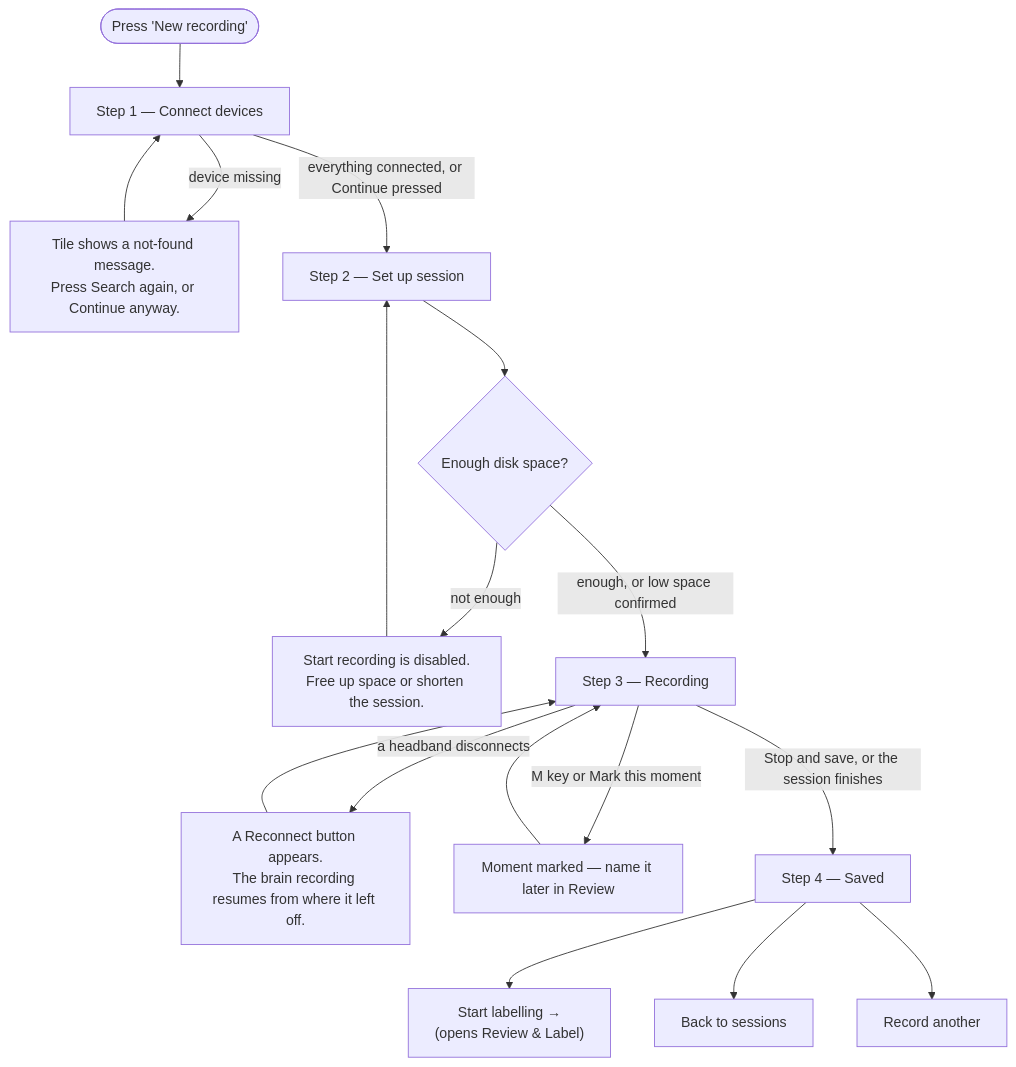
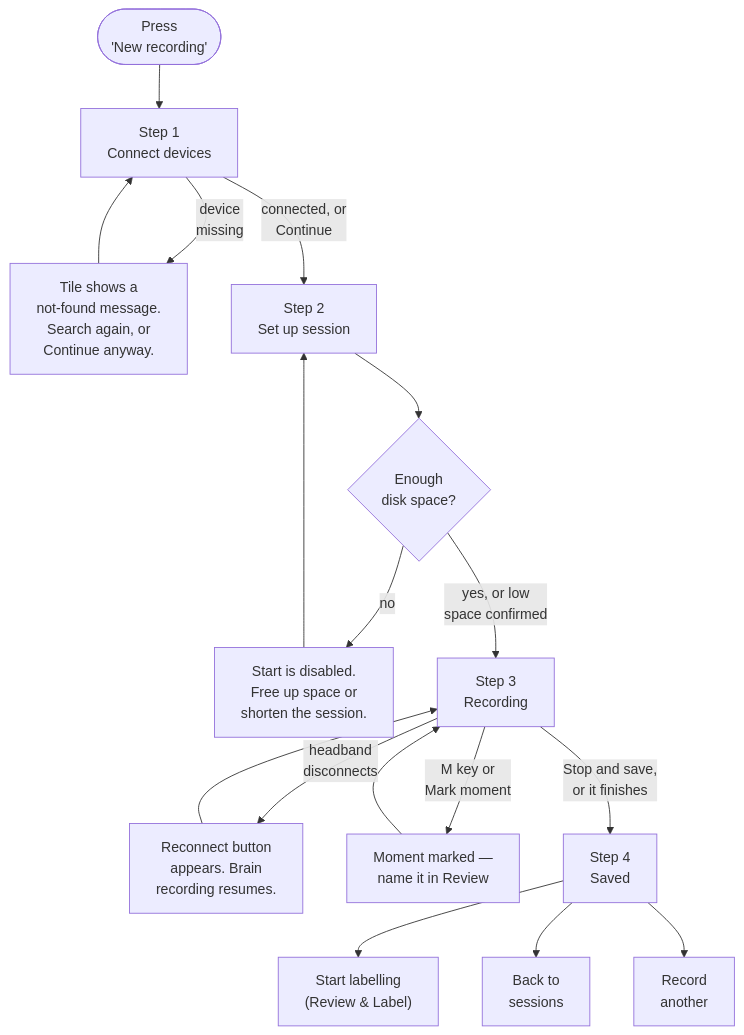
The diagram in docs/diagrams/new-recording-flow.mmd (mohammadabdullahkhurram/Brain-Battle-Phase-3), drawn with Mermaid before and after one commit. The commit also changed 7 other files, not shown here.

First line of the commit message:
Docs diagrams: narrow layout + 16px font so labels stay readable

```diff
--- a/docs/diagrams/new-recording-flow.mmd
+++ b/docs/diagrams/new-recording-flow.mmd
@@ -1,17 +1,18 @@
+%%{init: {'themeVariables': {'fontSize': '16px'}}}%%
 flowchart TD
-    Start(["Press 'New recording'"]) --> Connect["Step 1 — Connect devices"]
-    Connect -->|"device missing"| ConnectWarn["Tile shows a not-found message.\nPress Search again, or Continue anyway."]
+    Start(["Press<br/>'New recording'"]) --> Connect["Step 1<br/>Connect devices"]
+    Connect -->|"device<br/>missing"| ConnectWarn["Tile shows a<br/>not-found message.<br/>Search again, or<br/>Continue anyway."]
     ConnectWarn --> Connect
-    Connect -->|"everything connected, or Continue pressed"| Setup["Step 2 — Set up session"]
-    Setup --> Disk{"Enough disk space?"}
-    Disk -->|"not enough"| DiskBlock["Start recording is disabled.\nFree up space or shorten the session."]
+    Connect -->|"connected, or<br/>Continue"| Setup["Step 2<br/>Set up session"]
+    Setup --> Disk{"Enough<br/>disk space?"}
+    Disk -->|"no"| DiskBlock["Start is disabled.<br/>Free up space or<br/>shorten the session."]
     DiskBlock --> Setup
-    Disk -->|"enough, or low space confirmed"| Record["Step 3 — Recording"]
-    Record -->|"a headband disconnects"| Reconnect["A Reconnect button appears.\nThe brain recording resumes from where it left off."]
+    Disk -->|"yes, or low<br/>space confirmed"| Record["Step 3<br/>Recording"]
+    Record -->|"headband<br/>disconnects"| Reconnect["Reconnect button<br/>appears. Brain<br/>recording resumes."]
     Reconnect --> Record
-    Record -->|"M key or Mark this moment"| Moment["Moment marked — name it later in Review"]
+    Record -->|"M key or<br/>Mark moment"| Moment["Moment marked —<br/>name it in Review"]
     Moment --> Record
-    Record -->|"Stop and save, or the session finishes"| Saved["Step 4 — Saved"]
-    Saved --> Label["Start labelling →\n(opens Review & Label)"]
-    Saved --> Sessions["Back to sessions"]
-    Saved --> Another["Record another"]
+    Record -->|"Stop and save,<br/>or it finishes"| Saved["Step 4<br/>Saved"]
+    Saved --> Label["Start labelling<br/>(Review &amp; Label)"]
+    Saved --> Sessions["Back to<br/>sessions"]
+    Saved --> Another["Record<br/>another"]
```
